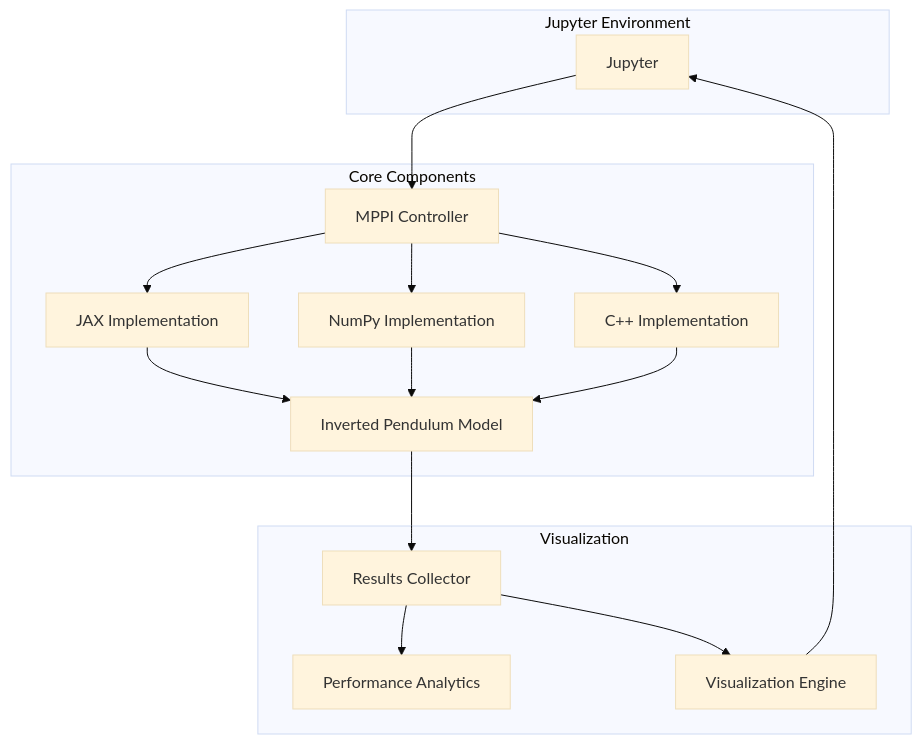
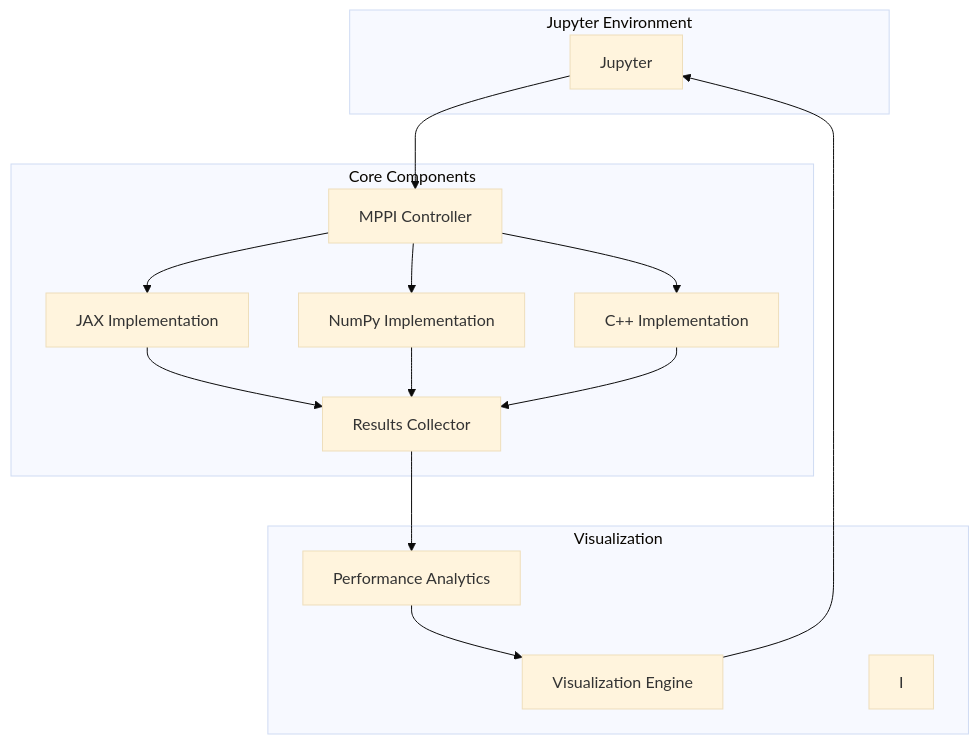
One commit to domozhakova-valentina/MPPI_advanced_python_project changed the diagram in README.md. Above: the diagram before and after it, drawn with Mermaid (base theme).

````diff
--- a/README.md
+++ b/README.md
@@ -127,32 +127,31 @@
 ```mermaid
 graph TB
     A[Jupyter] --> B[MPPI Controller]
     B --> C[JAX Implementation]
     B --> D[NumPy Implementation]
     B --> E[C++ Implementation]
-    C --> F[Inverted Pendulum Model]
+    C --> F[Results Collector]
     D --> F
     E --> F
-    F --> G[Results Collector]
-    G --> H[Performance Analytics]
-    G --> I[Visualization Engine]
-    I --> A
+    F--> G[Performance Analytics]
+    G --> H[Visualization Engine]
+    H --> A
 
 subgraph "Jupyter Environment"
         A
     end
     
     subgraph "Core Components"
         B
         C
         D
         E
         F
     end
     
     subgraph "Visualization"
         G
         H
         I
     end
 ```
````
